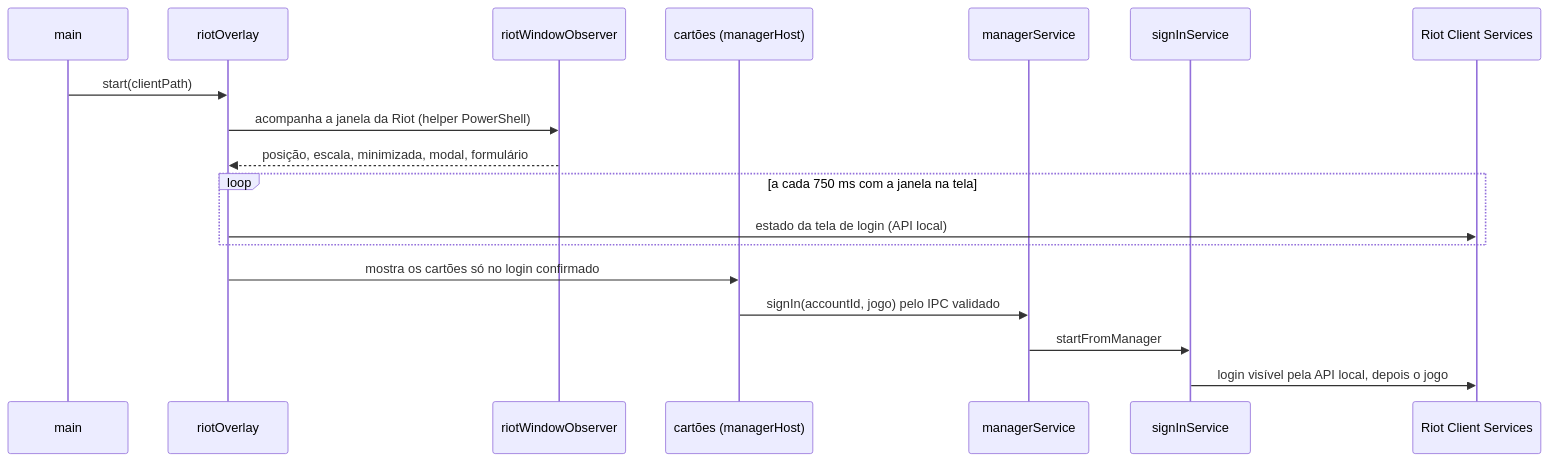
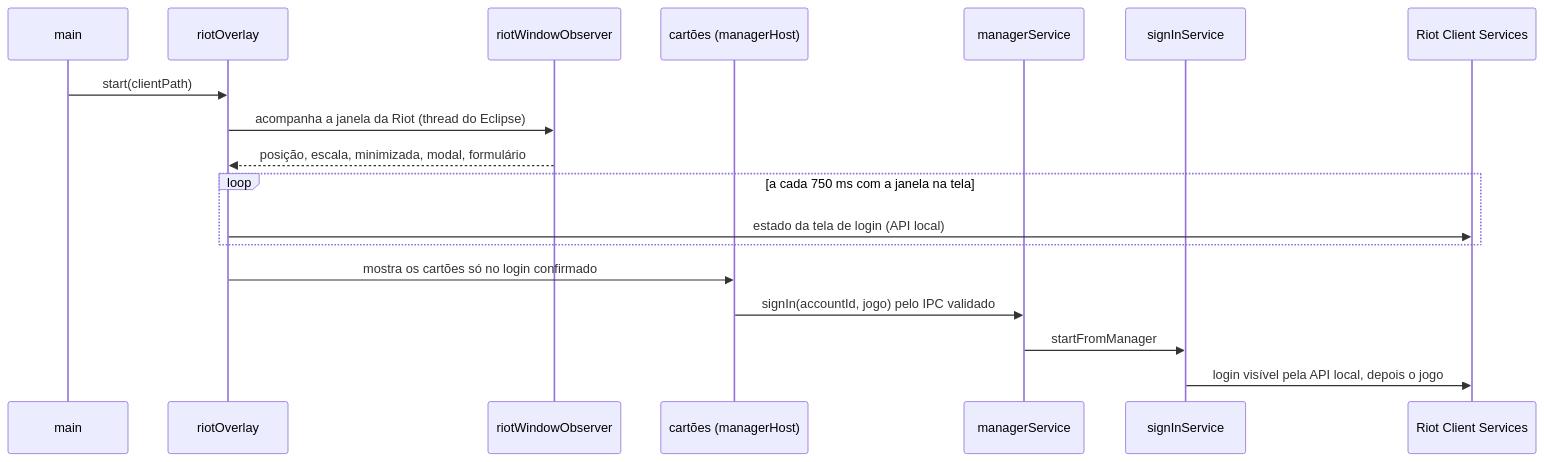
One commit to arthurmchd/eclipse changed the diagram in docs/02 Arquitetura/Integração com o Riot Client.md. Above: the diagram before and after it, drawn with Mermaid. The commit also changed 140 other files, not shown here.

First line of the commit message:
Eclipse 2.19.1: sem PowerShell, atualização pelo GitHub e testes no CI

````diff
--- a/docs/02 Arquitetura/Integração com o Riot Client.md
+++ b/docs/02 Arquitetura/Integração com o Riot Client.md
@@ -14,21 +14,21 @@
 ```mermaid
 sequenceDiagram
   participant M as main
   participant O as riotOverlay
   participant W as riotWindowObserver
   participant C as cartões (managerHost)
   participant MS as managerService
   participant SS as signInService
   participant RCS as Riot Client Services
 
   M->>O: start(clientPath)
-  O->>W: acompanha a janela da Riot (helper PowerShell)
+  O->>W: acompanha a janela da Riot (thread do Eclipse)
   W-->>O: posição, escala, minimizada, modal, formulário
   loop a cada 750 ms com a janela na tela
     O->>RCS: estado da tela de login (API local)
   end
   O->>C: mostra os cartões só no login confirmado
   C->>MS: signIn(accountId, jogo) pelo IPC validado
   MS->>SS: startFromManager
   SS->>RCS: login visível pela API local, depois o jogo
 ```
````
